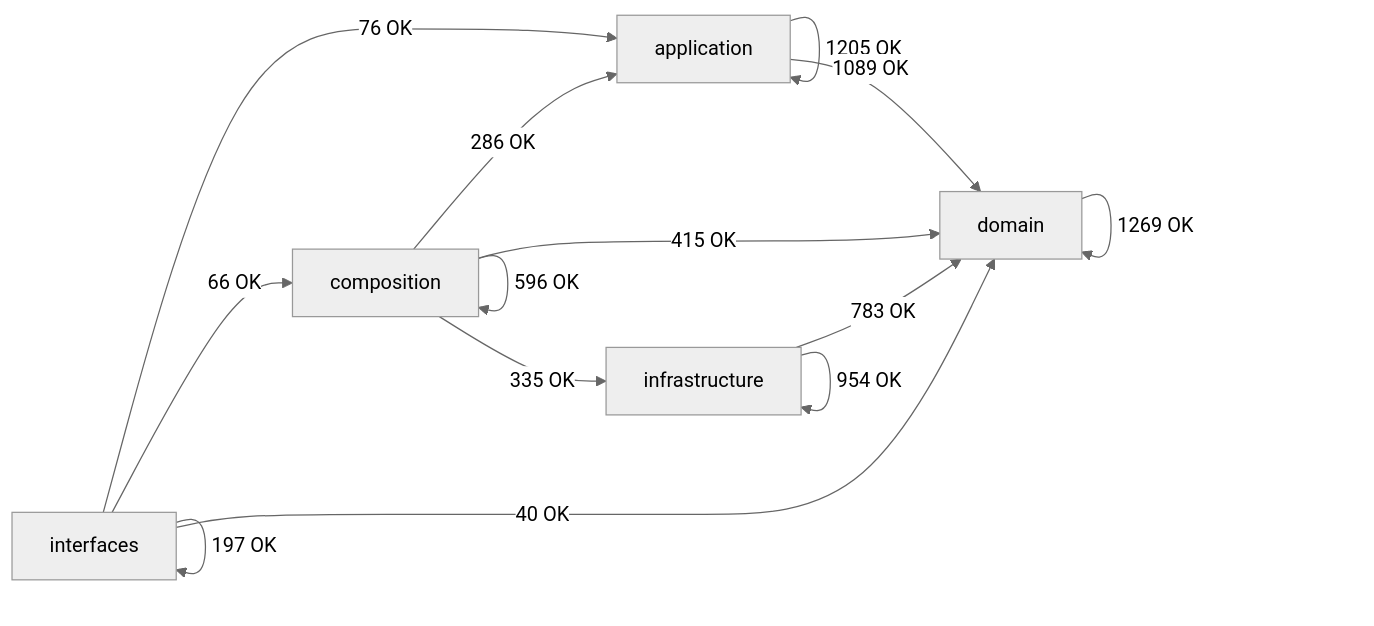
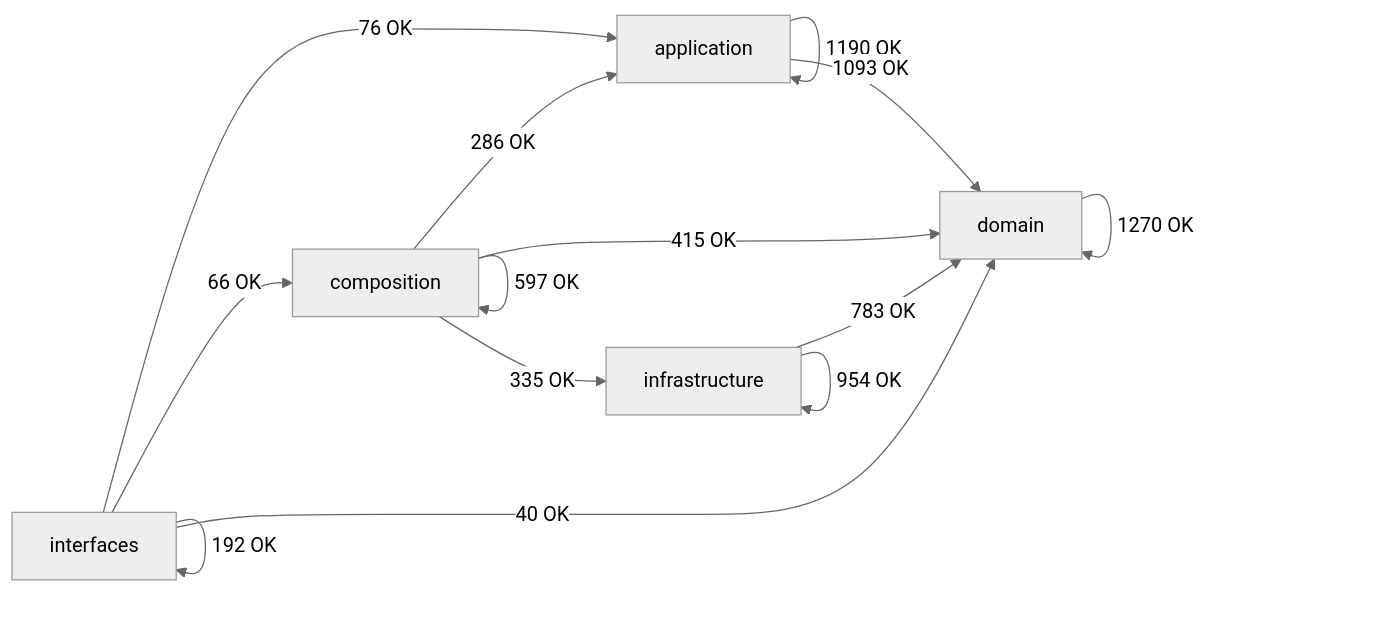
Before and after one commit to SatoryKono/BioactivityDataAcquisition: the diagram in docs/02-architecture/generated/module-dependency-map.md, drawn with Mermaid (neutral theme). The commit also changed other lines of this file and 6 other files, not shown here.

````diff
--- a/docs/02-architecture/generated/module-dependency-map.md
+++ b/docs/02-architecture/generated/module-dependency-map.md
@@ -17,21 +17,21 @@
 ```mermaid
 flowchart LR
     domain[domain]
     application[application]
     infrastructure[infrastructure]
     composition[composition]
     interfaces[interfaces]
-    application -->|1205 OK| application
-    application -->|1089 OK| domain
+    application -->|1190 OK| application
+    application -->|1093 OK| domain
     composition -->|286 OK| application
-    composition -->|596 OK| composition
+    composition -->|597 OK| composition
     composition -->|415 OK| domain
     composition -->|335 OK| infrastructure
-    domain -->|1269 OK| domain
+    domain -->|1270 OK| domain
     infrastructure -->|783 OK| domain
     infrastructure -->|954 OK| infrastructure
     interfaces -->|76 OK| application
     interfaces -->|66 OK| composition
     interfaces -->|40 OK| domain
-    interfaces -->|197 OK| interfaces
+    interfaces -->|192 OK| interfaces
 ```
````
